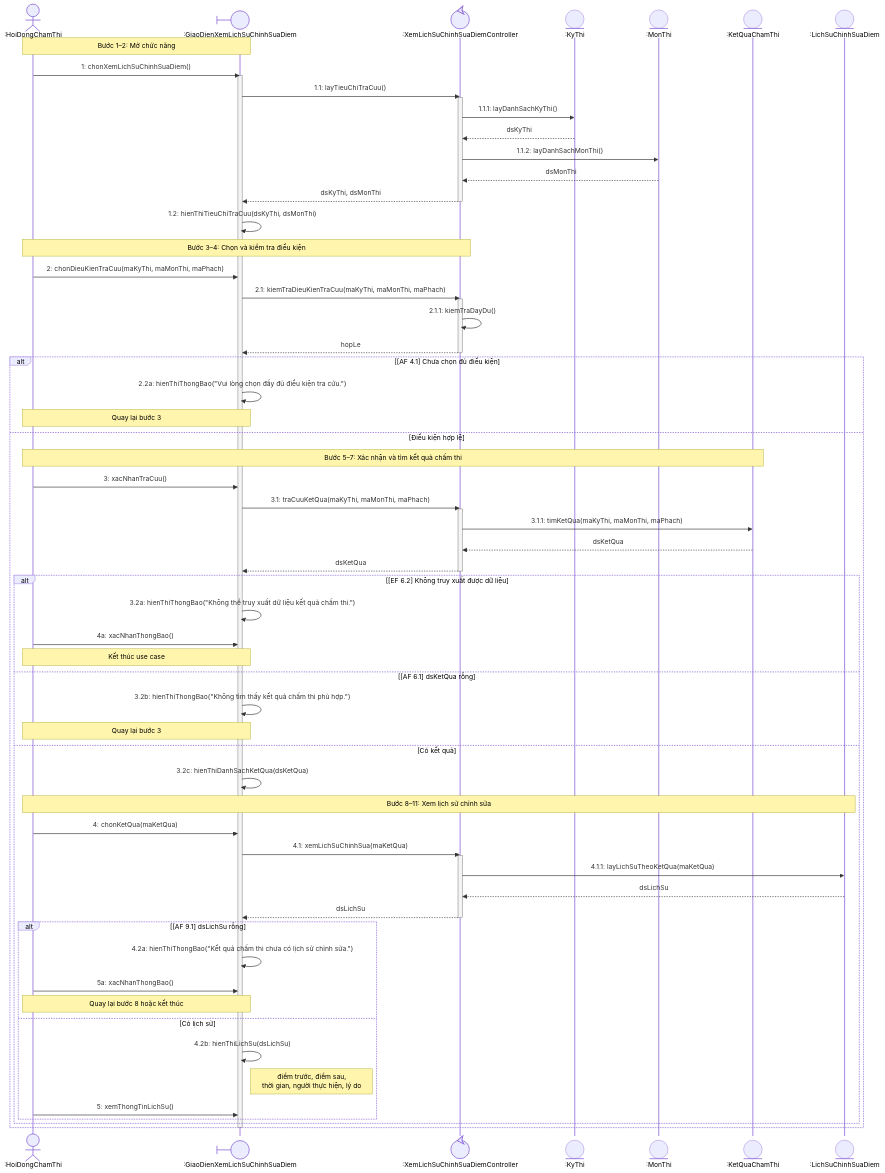
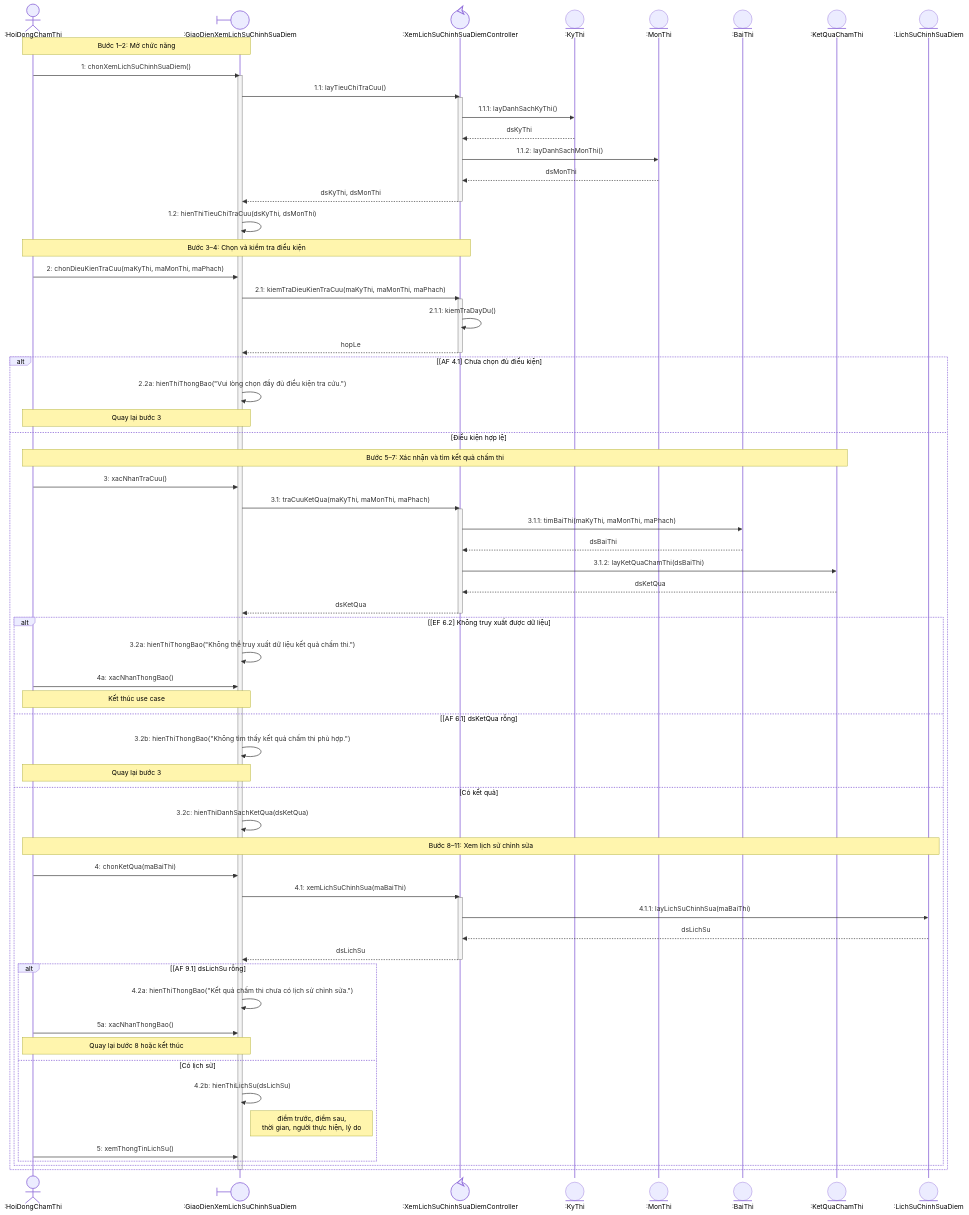
One commit to ngoclinh090608-wq/-sequence-diagram changed the diagram in UC12_XemLichSuChinhSuaDiem.mmd. Above: the diagram before and after it, drawn with Mermaid. The commit also changed 3 other files, not shown here.

Commit message:
Update UC12: add BaiThi entity

```diff
--- a/UC12_XemLichSuChinhSuaDiem.mmd
+++ b/UC12_XemLichSuChinhSuaDiem.mmd
@@ -1,74 +1,77 @@
 sequenceDiagram
     actor HD as :HoiDongChamThi
     participant GD@{ "type": "boundary", "alias": ":GiaoDienXemLichSuChinhSuaDiem" }
     participant CT@{ "type": "control", "alias": ":XemLichSuChinhSuaDiemController" }
     participant KT@{ "type": "entity", "alias": ":KyThi" }
     participant MT@{ "type": "entity", "alias": ":MonThi" }
+    participant BT@{ "type": "entity", "alias": ":BaiThi" }
     participant KQ@{ "type": "entity", "alias": ":KetQuaChamThi" }
     participant LS@{ "type": "entity", "alias": ":LichSuChinhSuaDiem" }
 
     Note over HD,GD: Bước 1–2: Mở chức năng
     HD->>GD: 1: chonXemLichSuChinhSuaDiem()
     activate GD
     GD->>CT: 1.1: layTieuChiTraCuu()
     activate CT
     CT->>KT: 1.1.1: layDanhSachKyThi()
     KT-->>CT: dsKyThi
     CT->>MT: 1.1.2: layDanhSachMonThi()
     MT-->>CT: dsMonThi
     CT-->>GD: dsKyThi, dsMonThi
     deactivate CT
     GD->>GD: 1.2: hienThiTieuChiTraCuu(dsKyThi, dsMonThi)
 
     Note over HD,CT: Bước 3–4: Chọn và kiểm tra điều kiện
     HD->>GD: 2: chonDieuKienTraCuu(maKyThi, maMonThi, maPhach)
     GD->>CT: 2.1: kiemTraDieuKienTraCuu(maKyThi, maMonThi, maPhach)
     activate CT
     CT->>CT: 2.1.1: kiemTraDayDu()
     CT-->>GD: hopLe
     deactivate CT
 
     alt [AF 4.1] Chưa chọn đủ điều kiện
         GD->>GD: 2.2a: hienThiThongBao("Vui lòng chọn đầy đủ điều kiện tra cứu.")
         Note over HD,GD: Quay lại bước 3
     else Điều kiện hợp lệ
         Note over HD,KQ: Bước 5–7: Xác nhận và tìm kết quả chấm thi
         HD->>GD: 3: xacNhanTraCuu()
         GD->>CT: 3.1: traCuuKetQua(maKyThi, maMonThi, maPhach)
         activate CT
-        CT->>KQ: 3.1.1: timKetQua(maKyThi, maMonThi, maPhach)
+        CT->>BT: 3.1.1: timBaiThi(maKyThi, maMonThi, maPhach)
+        BT-->>CT: dsBaiThi
+        CT->>KQ: 3.1.2: layKetQuaChamThi(dsBaiThi)
         KQ-->>CT: dsKetQua
         CT-->>GD: dsKetQua
         deactivate CT
 
         alt [EF 6.2] Không truy xuất được dữ liệu
             GD->>GD: 3.2a: hienThiThongBao("Không thể truy xuất dữ liệu kết quả chấm thi.")
             HD->>GD: 4a: xacNhanThongBao()
             Note over HD,GD: Kết thúc use case
         else [AF 6.1] dsKetQua rỗng
             GD->>GD: 3.2b: hienThiThongBao("Không tìm thấy kết quả chấm thi phù hợp.")
             Note over HD,GD: Quay lại bước 3
         else Có kết quả
             GD->>GD: 3.2c: hienThiDanhSachKetQua(dsKetQua)
 
             Note over HD,LS: Bước 8–11: Xem lịch sử chỉnh sửa
-            HD->>GD: 4: chonKetQua(maKetQua)
-            GD->>CT: 4.1: xemLichSuChinhSua(maKetQua)
+            HD->>GD: 4: chonKetQua(maBaiThi)
+            GD->>CT: 4.1: xemLichSuChinhSua(maBaiThi)
             activate CT
-            CT->>LS: 4.1.1: layLichSuTheoKetQua(maKetQua)
+            CT->>LS: 4.1.1: layLichSuChinhSua(maBaiThi)
             LS-->>CT: dsLichSu
             CT-->>GD: dsLichSu
             deactivate CT
 
             alt [AF 9.1] dsLichSu rỗng
                 GD->>GD: 4.2a: hienThiThongBao("Kết quả chấm thi chưa có lịch sử chỉnh sửa.")
                 HD->>GD: 5a: xacNhanThongBao()
                 Note over HD,GD: Quay lại bước 8 hoặc kết thúc
             else Có lịch sử
                 GD->>GD: 4.2b: hienThiLichSu(dsLichSu)
                 Note right of GD: điểm trước, điểm sau,<br/>thời gian, người thực hiện, lý do
                 HD->>GD: 5: xemThongTinLichSu()
             end
         end
     end
     deactivate GD
```
